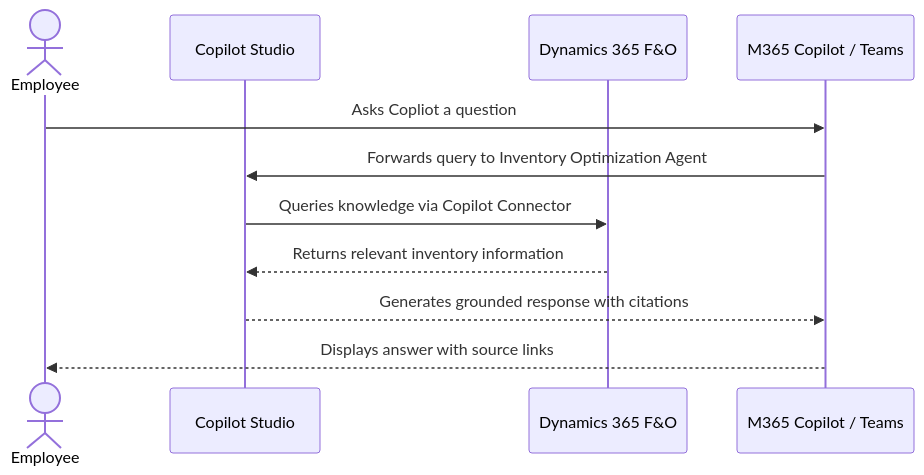
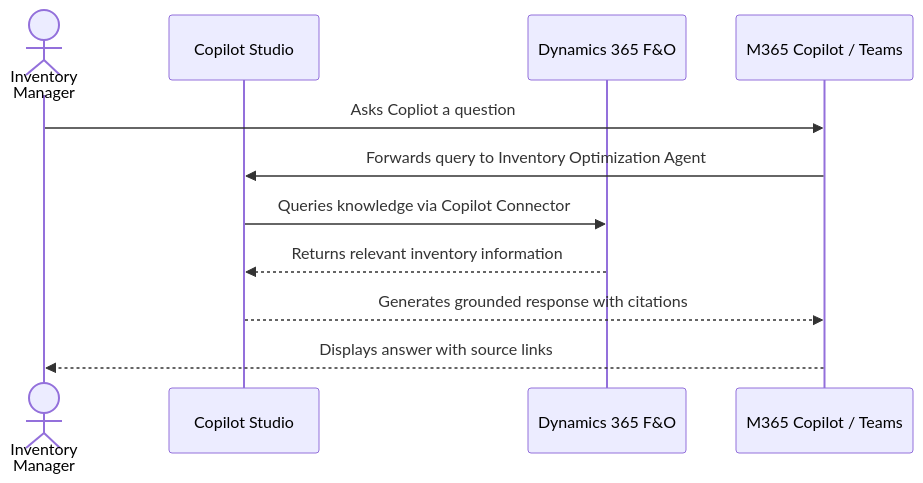
One commit to microsoft/ai-agent-runbooks changed the diagram in 01-scenarios/ERP-D365-Inventory-Optimization-Agent/2.Architecture.md. Above: the diagram before and after it, drawn with Mermaid.

Commit message:
Update architecture documentation for ERP D365 agent

````diff
--- a/01-scenarios/ERP-D365-Inventory-Optimization-Agent/2.Architecture.md
+++ b/01-scenarios/ERP-D365-Inventory-Optimization-Agent/2.Architecture.md
@@ -40,14 +40,14 @@
 ```mermaid
 sequenceDiagram
-    actor User as Employee
+    actor User as Inventory <br> Manager
     participant CS as Copilot Studio
     participant SN as Dynamics 365 F&O
     participant M365 as M365 Copilot / Teams
 
     User->>M365: Asks Copliot a question
     M365->>CS: Forwards query to Inventory Optimization Agent
     CS->>SN: Queries knowledge via Copilot Connector
     SN-->>CS: Returns relevant inventory information
     CS-->>M365: Generates grounded response with citations
     M365-->>User: Displays answer with source links
 ```
````
